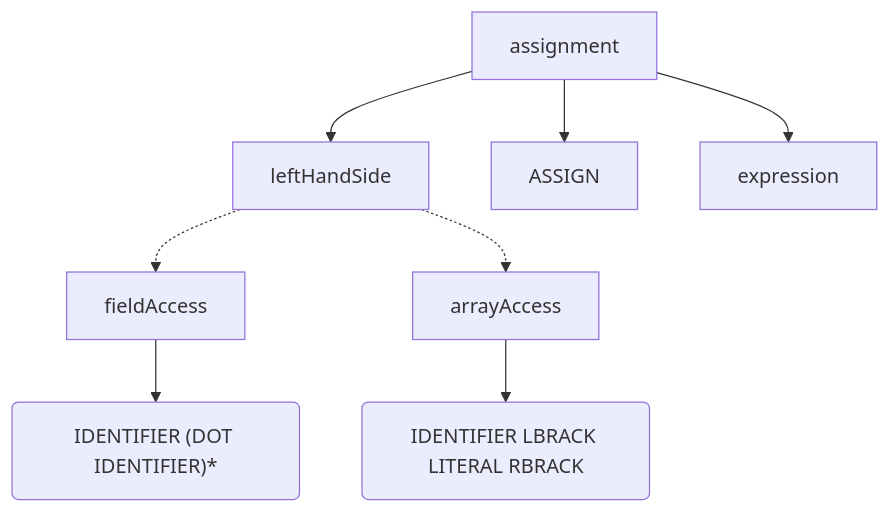
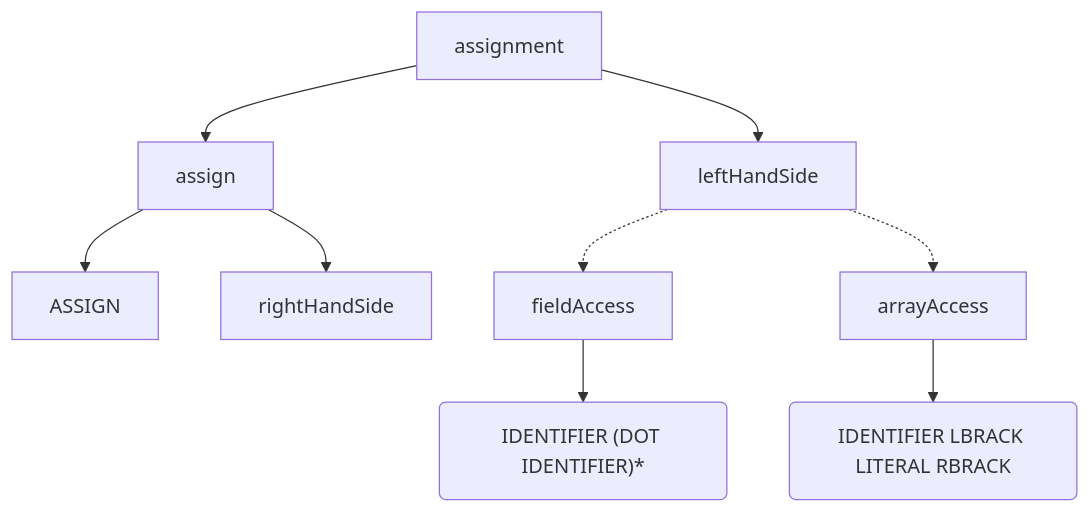
Diagram 16 of 17 in graph.md (derekktor/jcp-compiler), drawn with Mermaid before and after one commit. The commit also changed other lines of this file and 8 other files, not shown here.

````diff
--- a/graph.md
+++ b/graph.md
@@ -183,13 +183,15 @@
 ```mermaid
 graph TD
     assignment --> leftHandSide
-    assignment --> ASSIGN
-    assignment --> expression
+    assignment --> assign
+
+    assign --> ASSIGN
+    assign --> rightHandSide
 
     leftHandSide -.-> fieldAccess
     leftHandSide -.-> arrayAccess
 
     fieldAccess --> FA("IDENTIFIER (DOT IDENTIFIER)*")
 
     arrayAccess --> AA("IDENTIFIER LBRACK LITERAL RBRACK")
 ```
````
